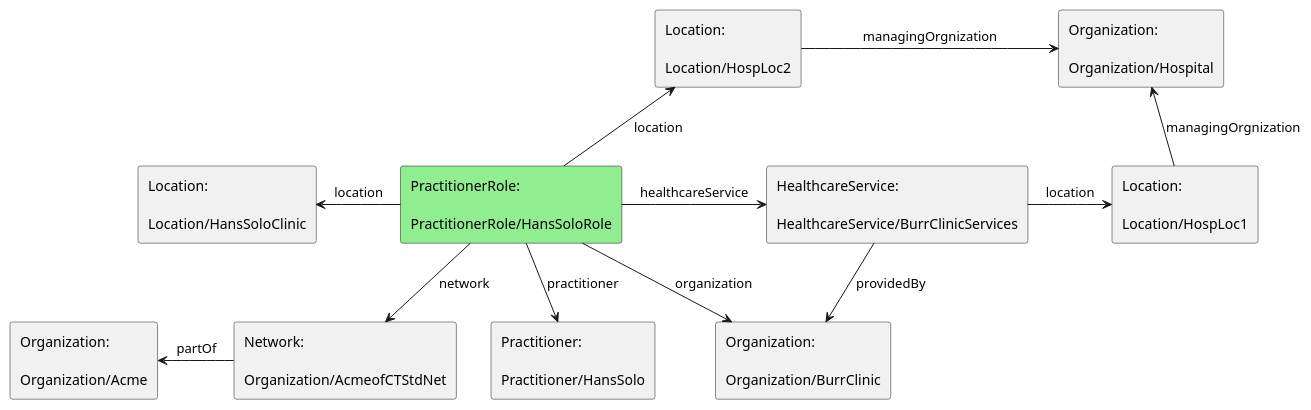
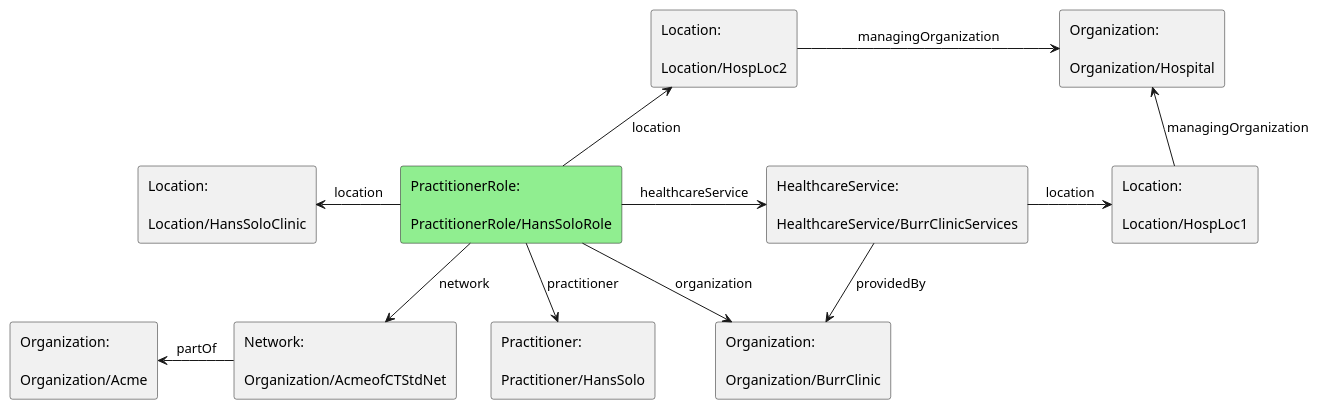
One commit to HL7/fhir-us-ndh changed the diagram in input/images-source/PractitionerRole.plantuml. Above: the diagram before and after it, drawn with PlantUML. The commit also changed 14 other files, not shown here.

```diff
--- a/input/images-source/PractitionerRole.plantuml
+++ b/input/images-source/PractitionerRole.plantuml
@@ -1,31 +1,31 @@
 @startuml
 
 agent #LightGreen "PractitionerRole:\n\nPractitionerRole/HansSoloRole" as practitionerRole
 agent "Practitioner:\n\nPractitioner/HansSolo" as practitioner
 agent "Organization:\n\nOrganization/BurrClinic" as organization1
 agent "Network:\n\nOrganization/AcmeofCTStdNet" as organization2
 agent "Organization:\n\nOrganization/Acme" as organization3
 agent "Organization:\n\nOrganization/Hospital" as organization4
 
 agent "Location:\n\nLocation/HospLoc1" as location1
 agent "Location:\n\nLocation/HospLoc2" as location2
 agent "Location:\n\nLocation/HansSoloClinic" as location3
 agent "HealthcareService:\n\nHealthcareService/BurrClinicServices" as healthcareService
 
 practitionerRole -down-> practitioner : "practitioner"
 practitionerRole -down-> organization1 : "organization"
 practitionerRole -down-> organization2 : "network"
 practitionerRole -up-> location2 : "location"
 organization2 -left-> organization3: "partOf"
 
 practitionerRole -right-> healthcareService : "healthcareService"
 practitionerRole -left-> location3: "location"
 
 
 healthcareService -right-> location1: "location"
 healthcareService -down-> organization1: "providedBy"
 
-location2 -right-> organization4: "managingOrgnization"
-location1 -up-> organization4: "managingOrgnization"
+location2 -right-> organization4: "managingOrganization"
+location1 -up-> organization4: "managingOrganization"
 
 @enduml
```
